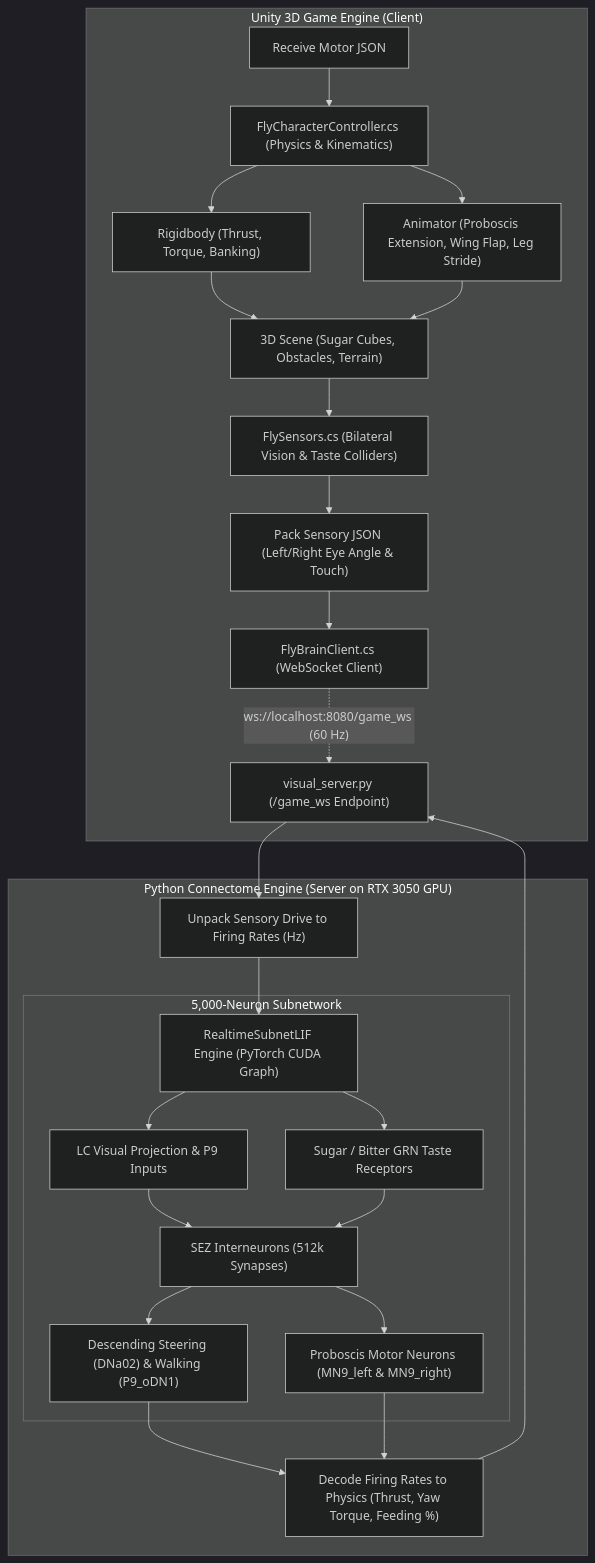
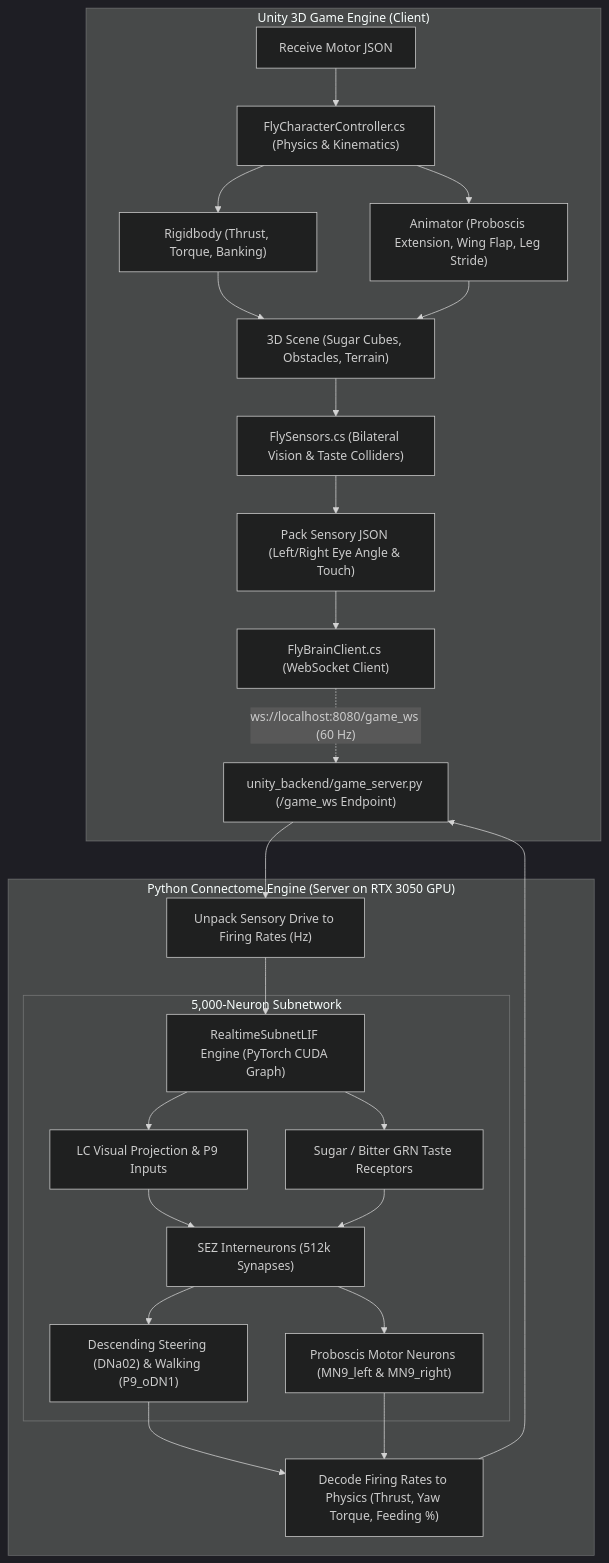
One commit to Erfankhodami/fly-brain changed the diagram in document/unity_simulation_plan.md. Above: the diagram before and after it, drawn with Mermaid (dark theme). The commit also changed other lines of this file, not shown here.

Commit message:
docs: add development workflow and instructions for running Unity backend to simulation plan

````diff
--- a/document/unity_simulation_plan.md
+++ b/document/unity_simulation_plan.md
@@ -11,31 +11,31 @@
 ```mermaid
 flowchart TD
     subgraph Unity_Client ["Unity 3D Game Engine (Client)"]
         SCENE["3D Scene (Sugar Cubes, Obstacles, Terrain)"] --> SENSORS["FlySensors.cs (Bilateral Vision & Taste Colliders)"]
         SENSORS --> PACK["Pack Sensory JSON (Left/Right Eye Angle & Touch)"]
         PACK --> WS_CLIENT["FlyBrainClient.cs (WebSocket Client)"]
         
         WS_CLIENT -. "ws://localhost:8080/game_ws (60 Hz)" .-> WS_SERVER
         
         WS_RECV["Receive Motor JSON"] --> CONTROLLER["FlyCharacterController.cs (Physics & Kinematics)"]
         CONTROLLER --> RIGIDBODY["Rigidbody (Thrust, Torque, Banking)"]
         CONTROLLER --> ANIM["Animator (Proboscis Extension, Wing Flap, Leg Stride)"]
         RIGIDBODY & ANIM --> SCENE
     end
 
     subgraph Python_Server ["Python Connectome Engine (Server on RTX 3050 GPU)"]
-        WS_SERVER["visual_server.py (/game_ws Endpoint)"] --> PARSE["Unpack Sensory Drive to Firing Rates (Hz)"]
+        WS_SERVER["unity_backend/game_server.py (/game_ws Endpoint)"] --> PARSE["Unpack Sensory Drive to Firing Rates (Hz)"]
         PARSE --> GPU["RealtimeSubnetLIF Engine (PyTorch CUDA Graph)"]
         
         subgraph Subnet_5k ["5,000-Neuron Subnetwork"]
             GPU --> LC["LC Visual Projection & P9 Inputs"]
             GPU --> GRN["Sugar / Bitter GRN Taste Receptors"]
             LC & GRN --> SEZ["SEZ Interneurons (512k Synapses)"]
             SEZ --> DN["Descending Steering (DNa02) & Walking (P9_oDN1)"]
             SEZ --> MN9["Proboscis Motor Neurons (MN9_left & MN9_right)"]
         end
         
         DN & MN9 --> DECODE["Decode Firing Rates to Physics (Thrust, Yaw Torque, Feeding %)"]
         DECODE --> WS_SERVER
     end
 ```
````
